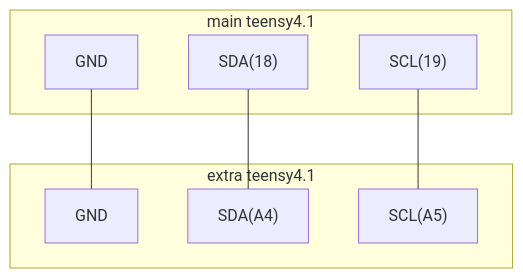
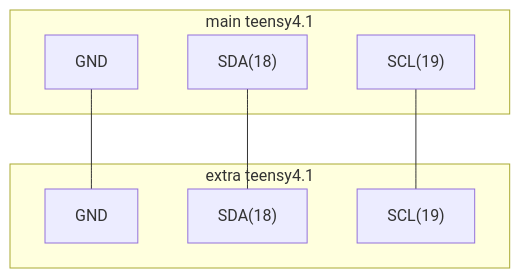
Before and after one commit to PasseckerLab/Neurokraken-book: the first of 3 diagrams in arduino_custom.md, drawn with Mermaid. The commit also changed 4 other files, not shown here.

`````diff
--- a/arduino_custom.md
+++ b/arduino_custom.md
@@ -177,18 +177,18 @@
 ````{mermaid}
 flowchart TB;
 subgraph main teensy4.1
 GND
 SDA_teensy["SDA(18)"]
 SCL_teensy["SCL(19)"]
 end
 
 subgraph extra teensy4.1
 GND_extra["GND"]
-SDA_extra["SDA(A4)"]
-SCL_extra["SCL(A5)"]
+SDA_extra["SDA(18)"]
+SCL_extra["SCL(19)"]
 end
 
 GND --- GND_extra
 SDA_teensy --- SDA_extra
 SCL_teensy --- SCL_extra
 ````
`````
